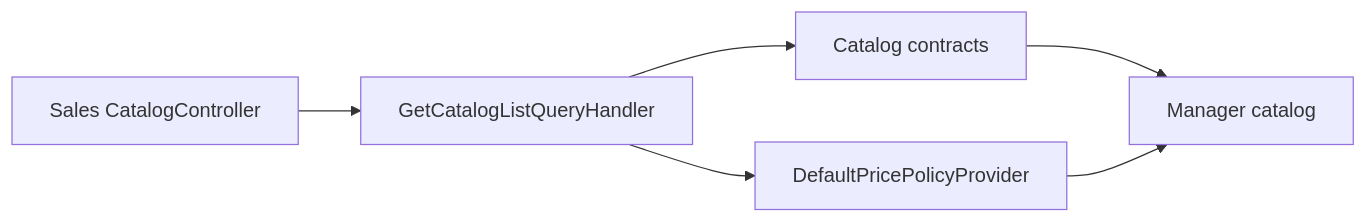
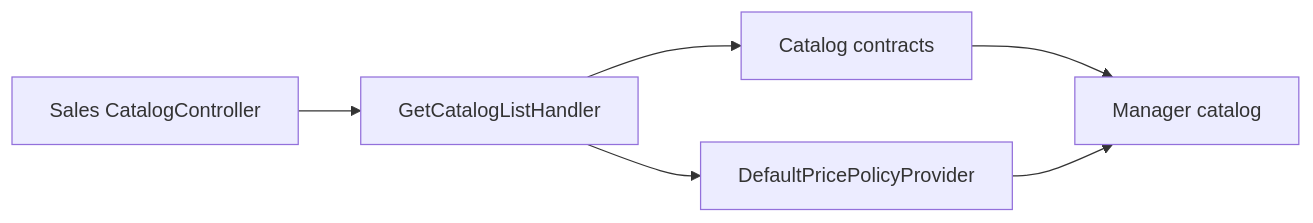
The diagram in docs/sdd/features/sales/manager-catalog.md (Weretik/KedrStore), drawn with Mermaid before and after one commit. The commit also changed other lines of this file and 533 other files, not shown here.

````diff
--- a/docs/sdd/features/sales/manager-catalog.md
+++ b/docs/sdd/features/sales/manager-catalog.md
@@ -25,8 +25,8 @@
 ```mermaid
 flowchart LR
-    A["Sales CatalogController"] --> B["GetCatalogListQueryHandler"]
+    A["Sales CatalogController"] --> B["GetCatalogListHandler"]
     B --> C["Catalog contracts"]
     B --> D["DefaultPricePolicyProvider"]
     C --> E["Manager catalog"]
     D --> E
 ```
````
